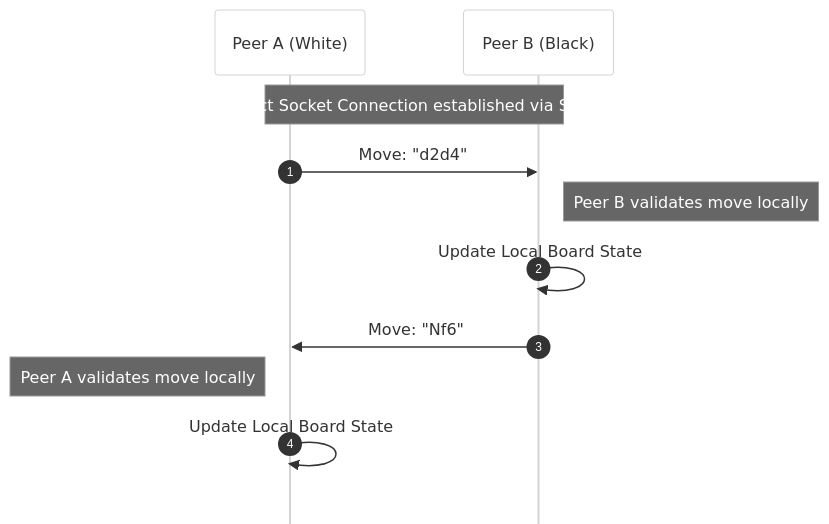
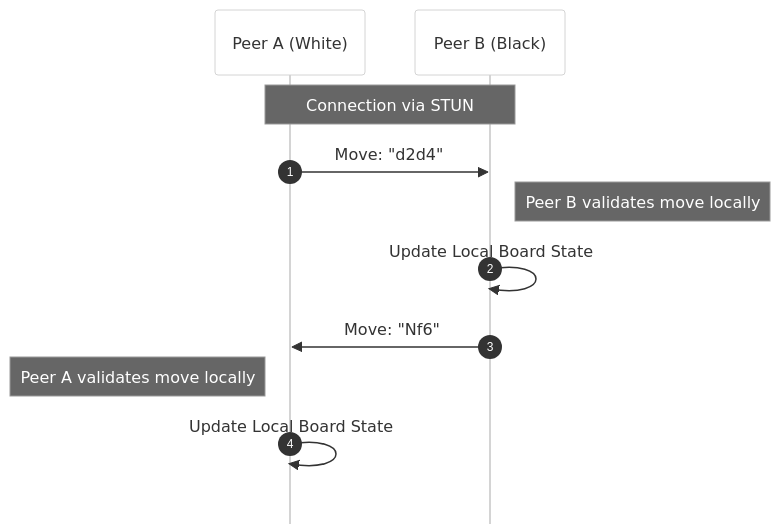
One commit to byucsstudent/cs240v2 changed the seventh of 14 diagrams in instruction/distributed-application-architectures/distributed-application-architectures.md. Above: the diagram before and after it, drawn with Mermaid.

Commit message:
Lee Jensen - update(Distributed Architectures)

````diff
--- a/instruction/distributed-application-architectures/distributed-application-architectures.md
+++ b/instruction/distributed-application-architectures/distributed-application-architectures.md
@@ -259,18 +259,18 @@
 ```mermaid
 %%{init: { 'theme': 'neutral', 'look': 'handDrawn',
   'sequence': { 
     'mirrorActors': false,
     'showSequenceNumbers': true
   }, 'themeVariables': { 'mainBkg': '#ffffff', 'lineColor': '#000000', 'primaryTextColor': '#000000' } }}%%
 
 sequenceDiagram
     participant P1 as Peer A (White)
     participant P2 as Peer B (Black)
-    Note over P1, P2: Direct Socket Connection established via STUN
+    Note over P1, P2: Connection via STUN
     P1->>P2: Move: "d2d4"
     Note right of P2: Peer B validates move locally
     P2->>P2: Update Local Board State
     P2->>P1: Move: "Nf6"
     Note left of P1: Peer A validates move locally
     P1->>P1: Update Local Board State
 ```
````
